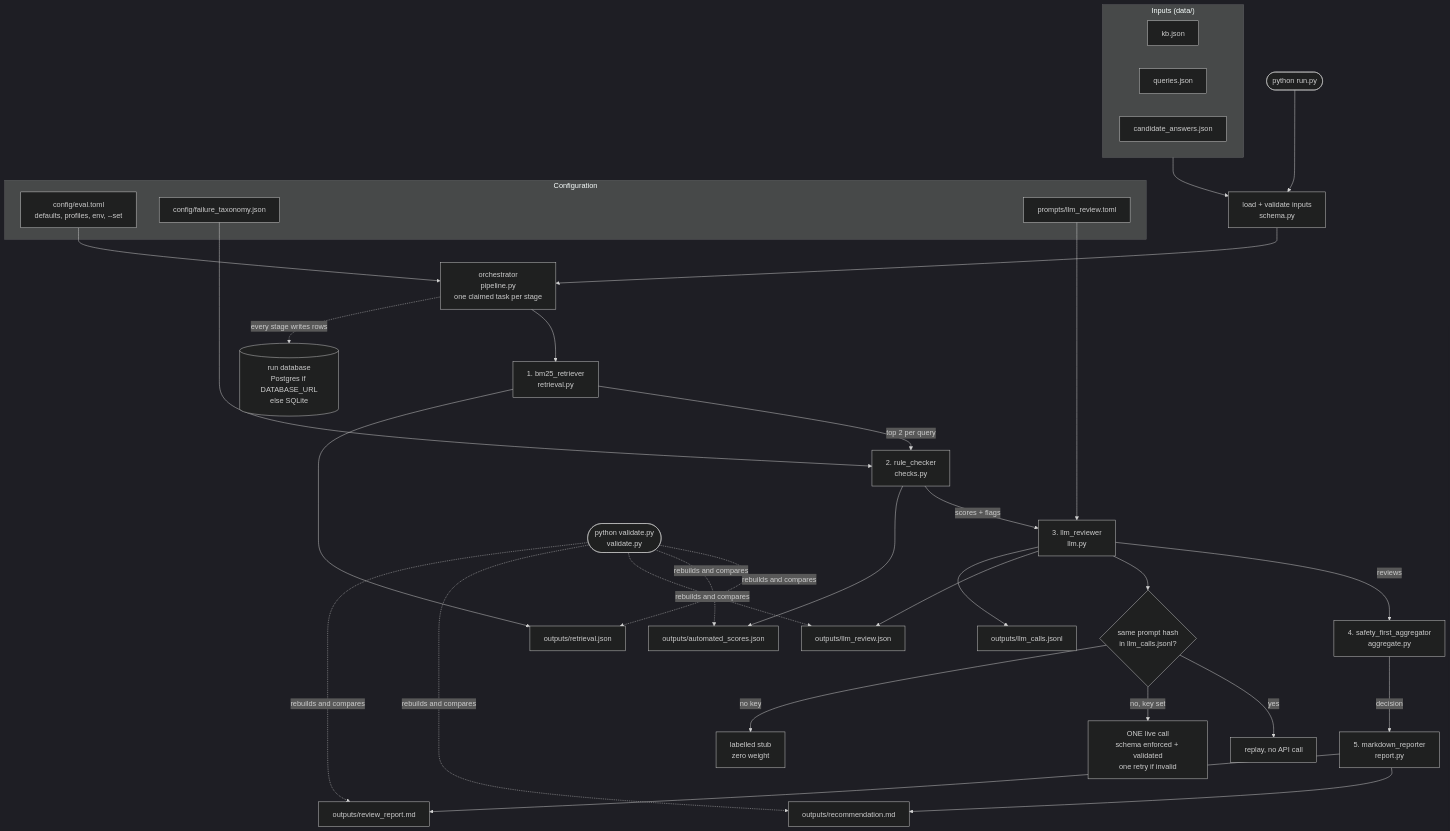
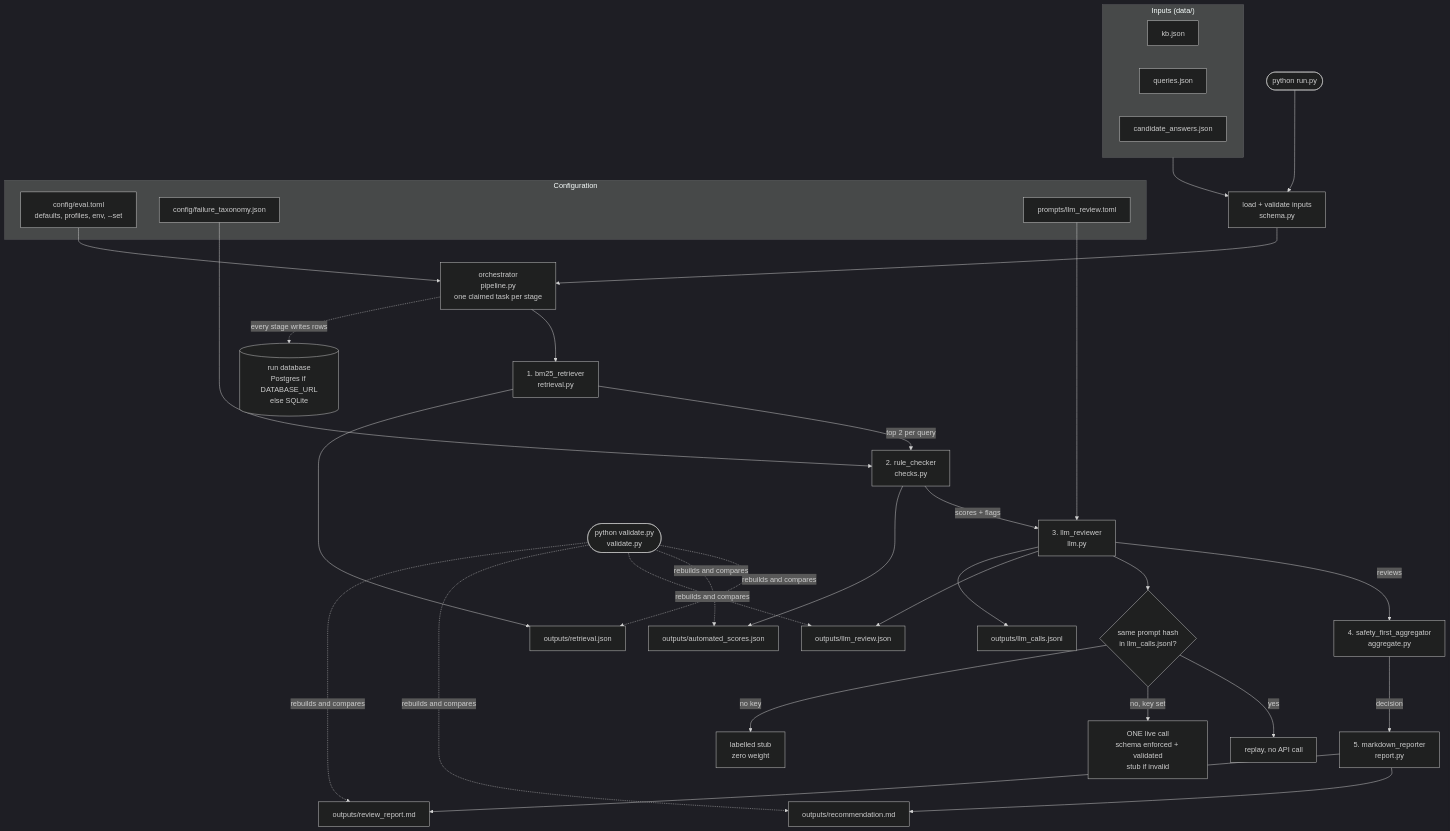
The first of 2 diagrams in ARCHITECTURE.md (ZeeshanAdilButt/rag-eval-harness), drawn with Mermaid (dark theme) before and after one commit. The commit also changed 21 other files, not shown here.

First line of the commit message:
Apply the brief review: one call by default, safer LLM stage, clearer docs

````diff
--- a/ARCHITECTURE.md
+++ b/ARCHITECTURE.md
@@ -5,45 +5,45 @@
 ```mermaid
 flowchart TD
     subgraph IN["Inputs (data/)"]
         KB[kb.json]
         Q[queries.json]
         CA[candidate_answers.json]
     end
 
     subgraph CFG["Configuration"]
         TOML["config/eval.toml<br/>defaults, profiles, env, --set"]
         TAX[config/failure_taxonomy.json]
         PROMPT[prompts/llm_review.toml]
     end
 
     RUN(["python run.py"]) --> LOAD["load + validate inputs<br/>schema.py"]
     IN --> LOAD
     TOML --> ORCH
 
     LOAD --> ORCH["orchestrator<br/>pipeline.py<br/>one claimed task per stage"]
 
     ORCH --> A1["1. bm25_retriever<br/>retrieval.py"]
     A1 -->|top 2 per query| A2["2. rule_checker<br/>checks.py"]
     A2 -->|scores + flags| A3["3. llm_reviewer<br/>llm.py"]
     A3 -->|reviews| A4["4. safety_first_aggregator<br/>aggregate.py"]
     A4 -->|decision| A5["5. markdown_reporter<br/>report.py"]
 
     PROMPT --> A3
     TAX --> A2
 
     A3 --> CACHE{"same prompt hash<br/>in llm_calls.jsonl?"}
     CACHE -->|yes| REPLAY[replay, no API call]
-    CACHE -->|no, key set| LIVE["ONE live call<br/>schema enforced + validated<br/>one retry if invalid"]
+    CACHE -->|no, key set| LIVE["ONE live call<br/>schema enforced + validated<br/>stub if invalid"]
     CACHE -->|no key| STUB["labelled stub<br/>zero weight"]
 
     A1 --> R1[outputs/retrieval.json]
     A2 --> R2[outputs/automated_scores.json]
     A3 --> R3[outputs/llm_review.json]
     A3 --> R4[outputs/llm_calls.jsonl]
     A5 --> R5[outputs/recommendation.md]
     A5 --> R6[outputs/review_report.md]
 
     ORCH -.every stage writes rows.-> DB[("run database<br/>Postgres if DATABASE_URL<br/>else SQLite")]
 
     VAL(["python validate.py<br/>validate.py"]) -.rebuilds and compares.-> R1 & R2 & R3 & R5 & R6
 ```
````
